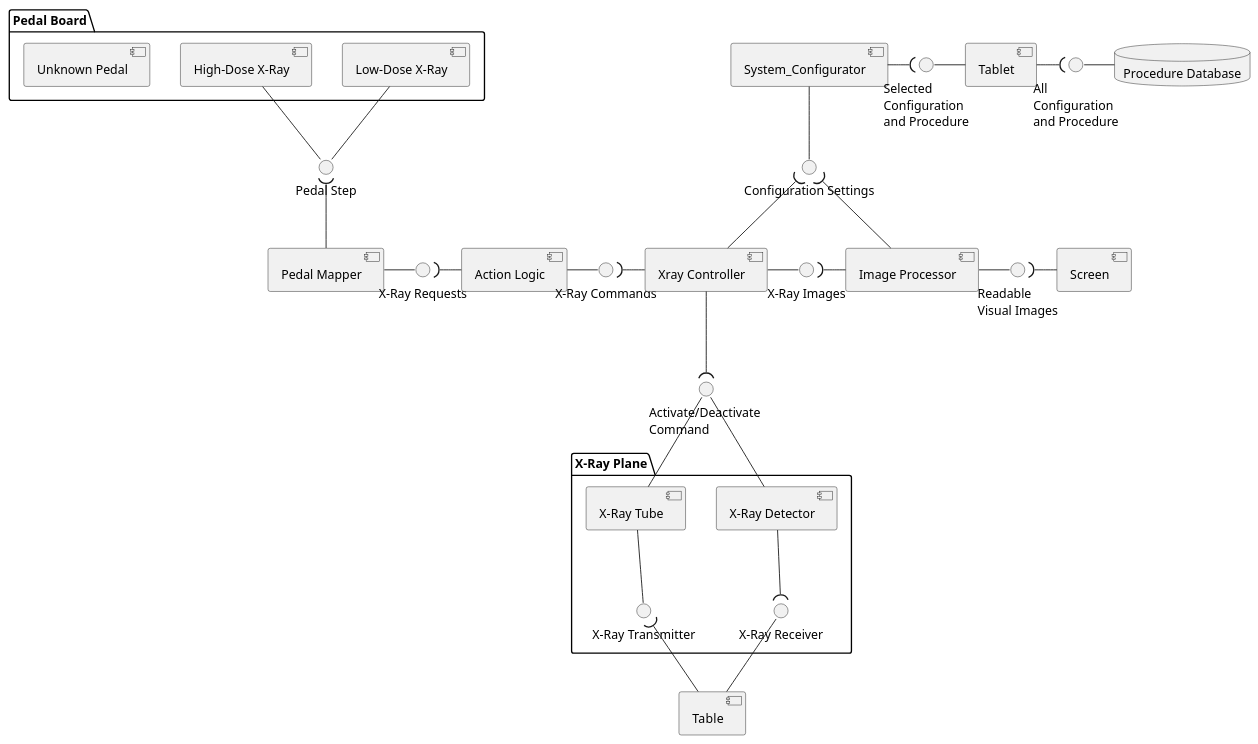
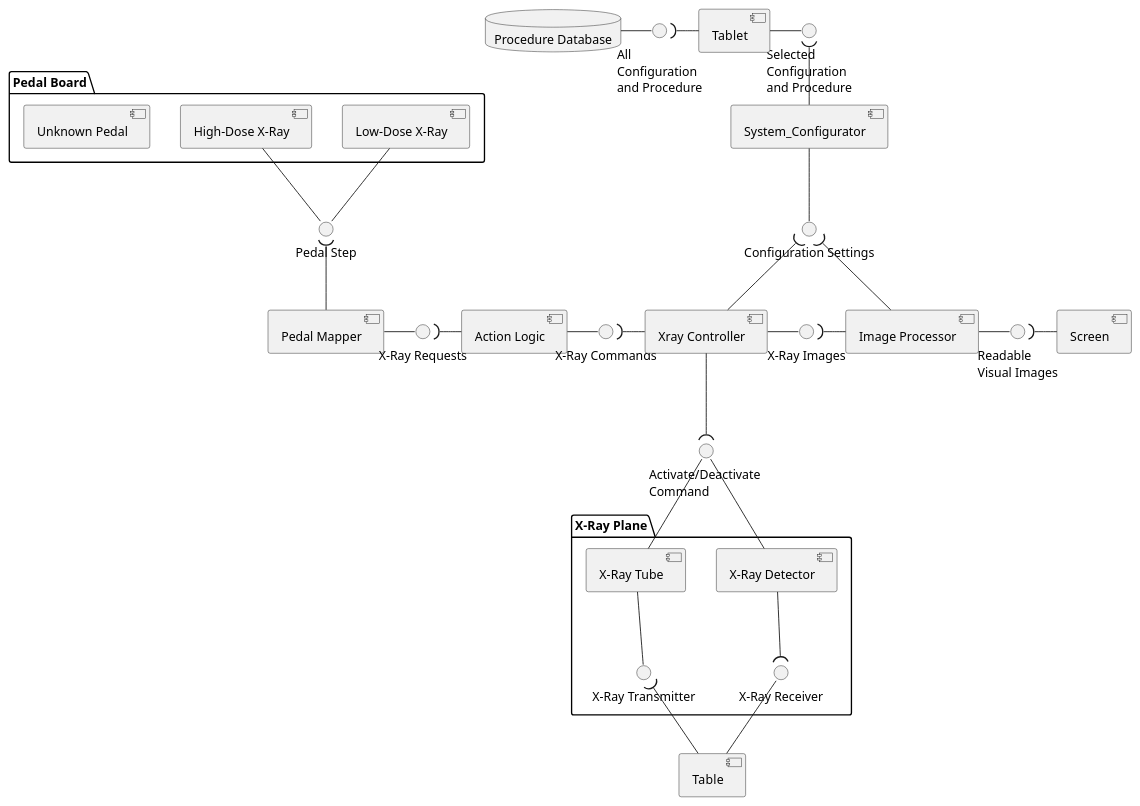
Before and after one commit to bartwc/SoftwareSystems: the diagram in 4-uml/component.puml, drawn with PlantUML. The commit also changed 2 other files, not shown here.

Commit message:
Done - Component Diagram

```diff
--- a/4-uml/component.puml
+++ b/4-uml/component.puml
@@ -1,76 +1,76 @@
 @startuml component
 
 ' Create three components for Pedal
 package "Pedal Board" {
 component [Low-Dose X-Ray] as comp_pedal_low
 component [High-Dose X-Ray] as comp_pedal_high
 component [Unknown Pedal] as comp_pedal_unknown
 }
 
 interface "Pedal Step" as intf_pedal_step
 component [Pedal Mapper] as comp_pedal_mapper
 interface "X-Ray Requests" as intf_xray_req
 component [Action Logic] as comp_act_log
 interface "X-Ray Commands" as intf_xray_commands
 component [Xray Controller] as comp_xray_control
 interface "X-Ray Images" as intf_xray_img
 component [Image Processor] as comp_image_proc
 interface "Readable \nVisual Images" as intf_visual_images
 component [Screen] as comp_screen
 interface "Configuration Settings" as intf_config_set
 component [System_Configurator] as comp_sys_config
 interface "Selected \nConfiguration \nand Procedure" as intf_sys_config_med_proc
 component [Tablet] as comp_tablet
 interface "All \nConfiguration \nand Procedure" as intf_sys_config_comp_set
 database "Procedure Database" as data_proc_data
 
 ' Create two components for Pedal
 package "X-Ray Plane" {
 component [X-Ray Detector] as comp_xray_detector
 component [X-Ray Tube] as comp_xray_tube
 interface "X-Ray Transmitter" as intf_xray_transmit
 interface "X-Ray Receiver" as intf_xray_receive
 }
 component [Table] as comp_table
 
 interface "Activate/Deactivate \nCommand" as intf_act_deact_comm
 
 ' Part 1 - Design
     comp_pedal_low -- intf_pedal_step
     comp_pedal_high -- intf_pedal_step
     intf_pedal_step )-- comp_pedal_mapper
 
     comp_pedal_mapper -right- intf_xray_req
     intf_xray_req )-right- comp_act_log
 
     comp_act_log -right- intf_xray_commands
     intf_xray_commands )-right- comp_xray_control
 
     comp_xray_control -right- intf_xray_img
     intf_xray_img )-right- comp_image_proc
 
     comp_image_proc -right- intf_visual_images
     intf_visual_images )-right- comp_screen
 
 ' Part 2 - Design
-    data_proc_data -left- intf_sys_config_comp_set
-    intf_sys_config_comp_set )-left- comp_tablet
+    data_proc_data -right- intf_sys_config_comp_set
+    intf_sys_config_comp_set )-right- comp_tablet
 
-    comp_tablet -left- intf_sys_config_med_proc
-    intf_sys_config_med_proc )-left- comp_sys_config
+    comp_tablet -right- intf_sys_config_med_proc
+    intf_sys_config_med_proc )-down- comp_sys_config
 
     comp_sys_config -down- intf_config_set
     intf_config_set )-down- comp_xray_control
     intf_config_set )-down- comp_image_proc
 
 ' Part 3 - Design
     comp_xray_tube -down- intf_xray_transmit
     intf_xray_transmit )-down- comp_table
 
     comp_table -up- intf_xray_receive
     intf_xray_receive )-up- comp_xray_detector
 
     comp_xray_tube -up- intf_act_deact_comm
     comp_xray_detector -up- intf_act_deact_comm
     intf_act_deact_comm )-up- comp_xray_control
 @enduml
```
